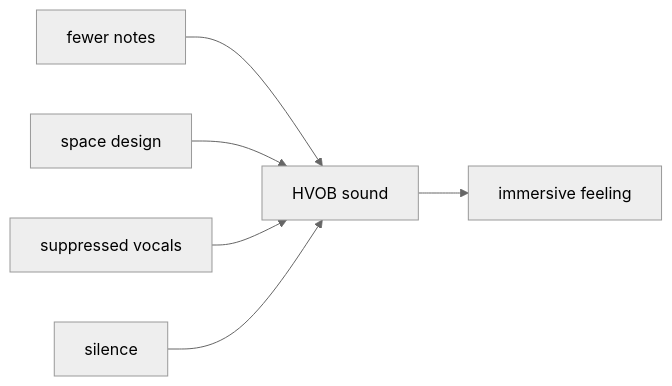
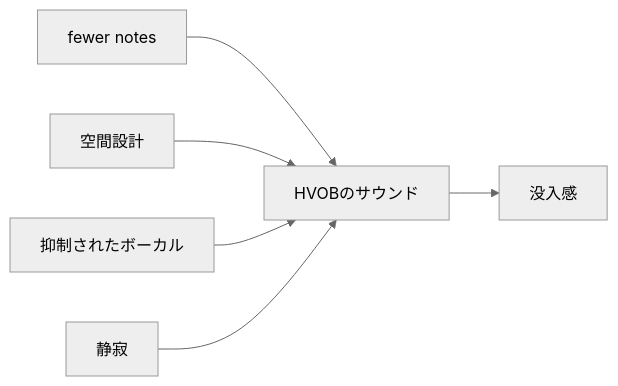
The seventh of 12 diagrams in en/_posts/2026-07-19-column-hvob.md (monumental-movement/monumental-movement.github.io), drawn with Mermaid (neutral theme) before and after one commit. The commit also changed other lines of this file and 2196 other files, not shown here.

```diff
--- a/en/_posts/2026-07-19-column-hvob.md
+++ b/en/_posts/2026-07-19-column-hvob.md
@@ -590,17 +590,17 @@
 <div class="mermaid">
 flowchart LR
 
 A[fewer notes]
-A --> E[HVOB sound]
+A --> E[HVOBのサウンド]
 
-B[space design]
+B[空間設計]
 B --> E
 
-C[suppressed vocals]
+C[抑制されたボーカル]
 C --> E
 
-D[silence]
+D[静寂]
 D --> E
 
-E --> F[immersive feeling]
+E --> F[没入感]
 </div>
```
